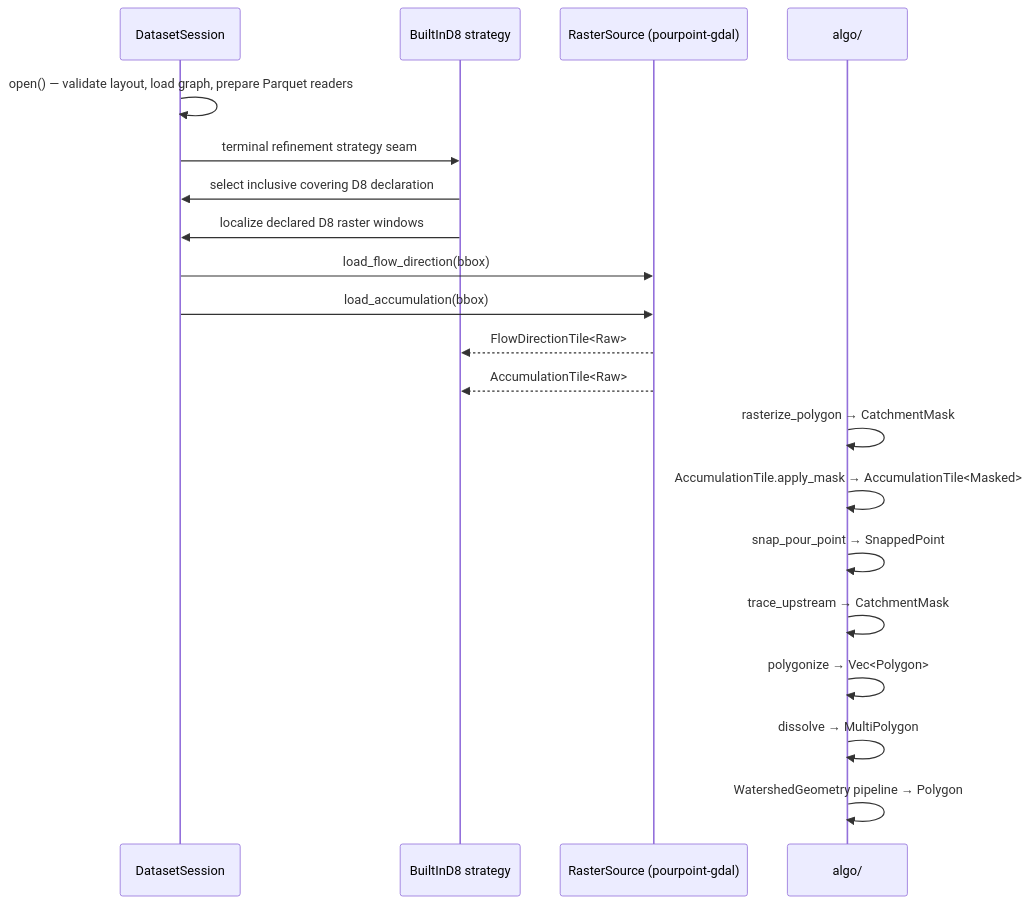
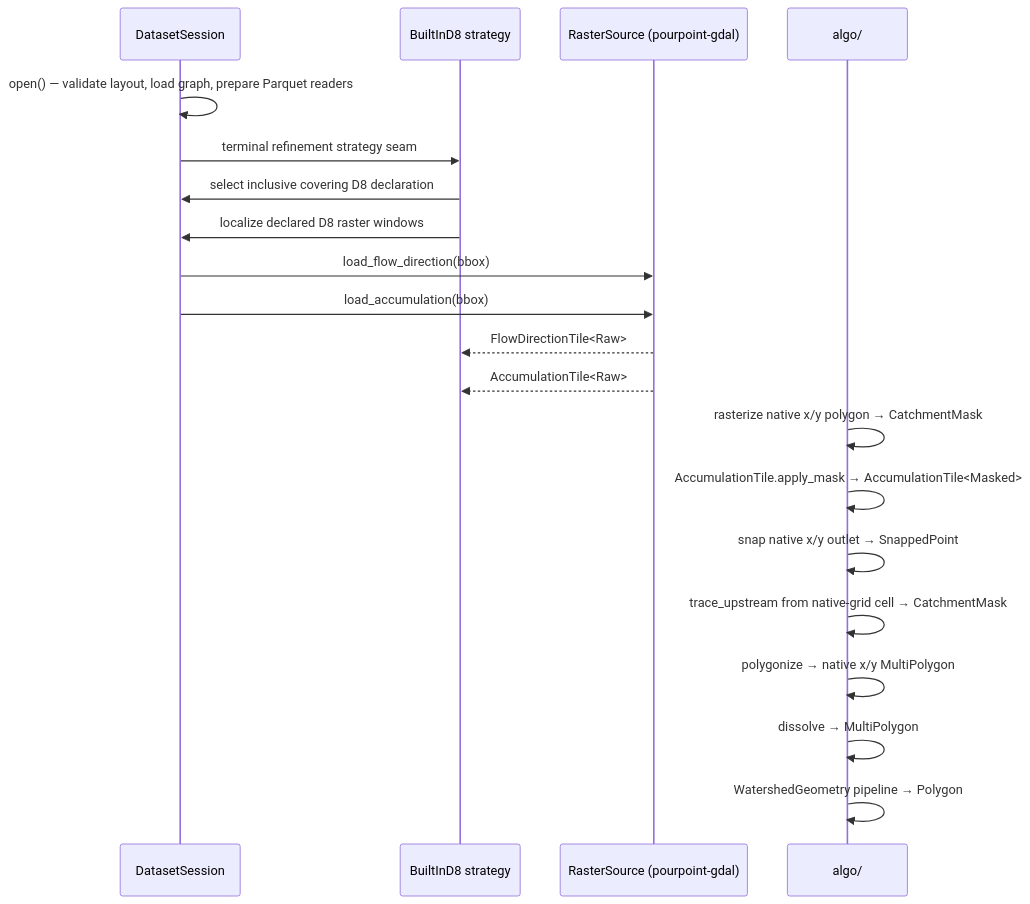
One commit to CooperBigFoot/pourpoint changed the third of 3 diagrams in crates/core/README.md. Above: the diagram before and after it, drawn with Mermaid. The commit also changed other lines of this file and 15 other files, not shown here.

````diff
--- a/crates/core/README.md
+++ b/crates/core/README.md
@@ -120,23 +120,23 @@
 ```mermaid
 sequenceDiagram
     participant S as DatasetSession
     participant R as BuiltInD8 strategy
     participant T as RasterSource (pourpoint-gdal)
     participant A as algo/
 
     S->>S: open() — validate layout, load graph, prepare Parquet readers
     S->>R: terminal refinement strategy seam
     R->>S: select inclusive covering D8 declaration
     R->>S: localize declared D8 raster windows
     S->>T: load_flow_direction(bbox)
     S->>T: load_accumulation(bbox)
     T-->>R: FlowDirectionTile<Raw>
     T-->>R: AccumulationTile<Raw>
-    A->>A: rasterize_polygon → CatchmentMask
+    A->>A: rasterize native x/y polygon → CatchmentMask
     A->>A: AccumulationTile.apply_mask → AccumulationTile<Masked>
-    A->>A: snap_pour_point → SnappedPoint
-    A->>A: trace_upstream → CatchmentMask
-    A->>A: polygonize → Vec<Polygon>
+    A->>A: snap native x/y outlet → SnappedPoint
+    A->>A: trace_upstream from native-grid cell → CatchmentMask
+    A->>A: polygonize → native x/y MultiPolygon
     A->>A: dissolve → MultiPolygon
     A->>A: WatershedGeometry pipeline → Polygon
 ```
````
